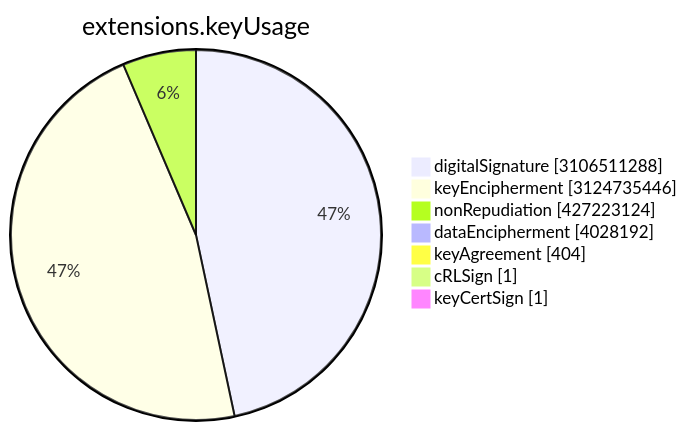
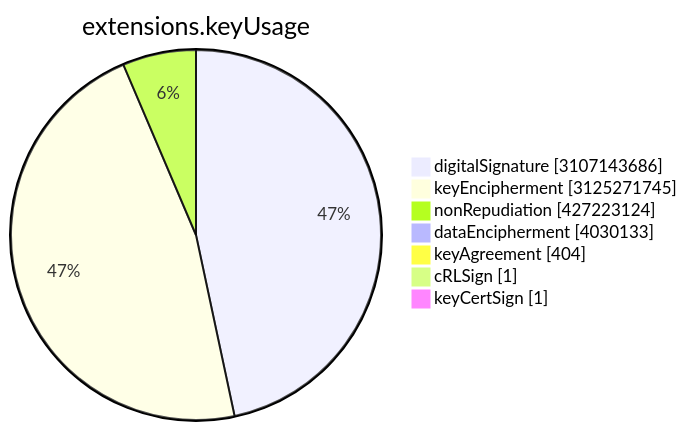
Before and after one commit to christiankrug/ctmonitor_visualization: the sixth of 15 diagrams in TOTAL/README.md, drawn with Mermaid. The commit also changed other lines of this file, not shown here.

````diff
--- a/TOTAL/README.md
+++ b/TOTAL/README.md
@@ -3077,11 +3077,11 @@
 ```mermaid
 pie showData
 title extensions.keyUsage
-"digitalSignature" :3106511288
-"keyEncipherment" :3124735446
+"digitalSignature" :3107143686
+"keyEncipherment" :3125271745
 "nonRepudiation" :427223124
-"dataEncipherment" :4028192
+"dataEncipherment" :4030133
 "keyAgreement" :404
 "cRLSign" :1
 "keyCertSign" :1
 ```
````
